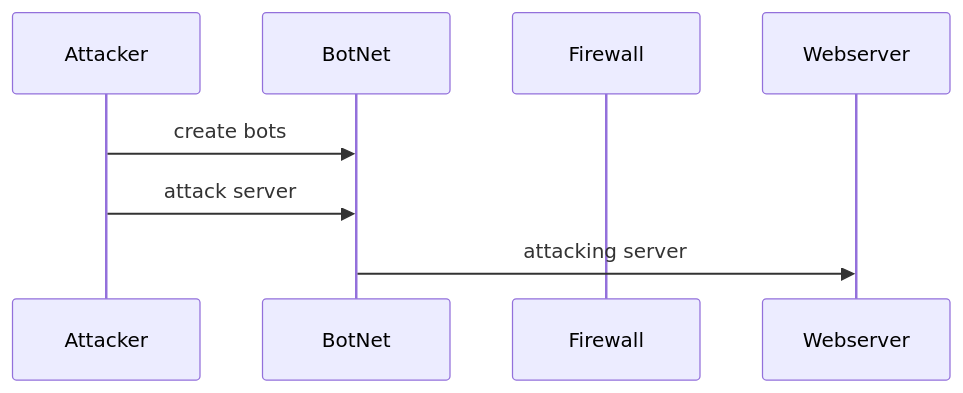
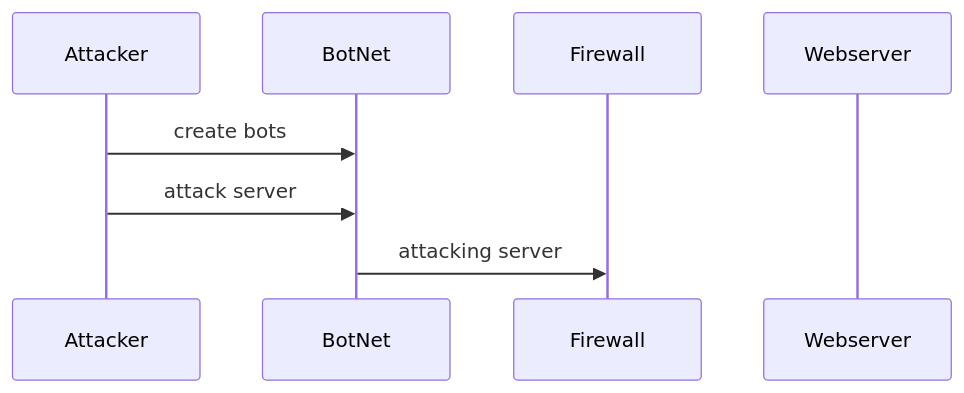
Before and after one commit to G-Marotta/Flowchart: the diagram in DDoS_Attack_Sequence.md, drawn with Mermaid.

````diff
--- a/DDoS_Attack_Sequence.md
+++ b/DDoS_Attack_Sequence.md
@@ -2,10 +2,10 @@
 ```mermaid
 sequenceDiagram
     participant Attacker
     participant BotNet
     participant Firewall
     participant Webserver
     Attacker->>BotNet: create bots
     Attacker->>BotNet: attack server
-    BotNet->>Webserver: attacking server
+    BotNet->>Firewall: attacking server
 ```
````
